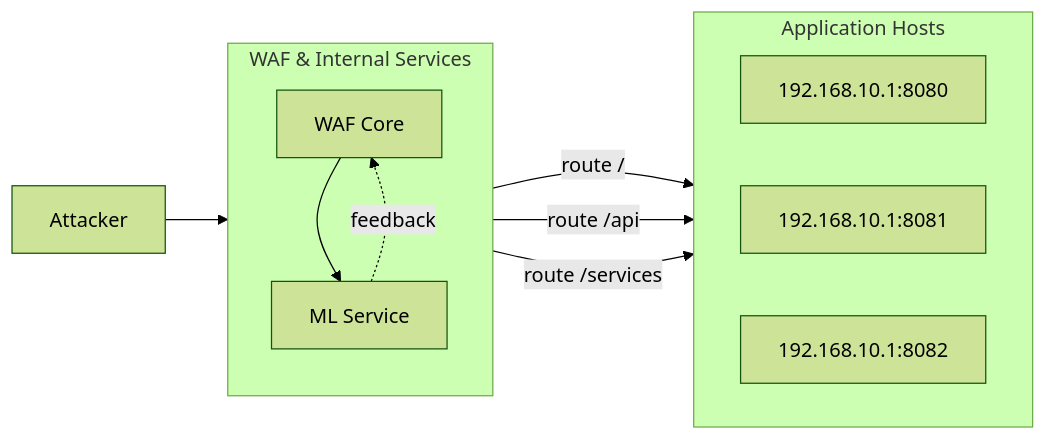
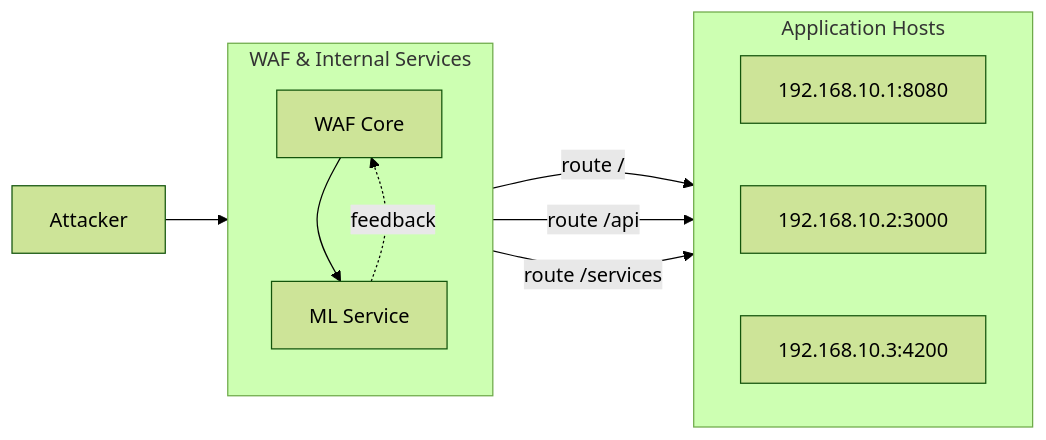
The first of 2 diagrams in README.md (siteslave/nurada-waf), drawn with Mermaid (forest theme) before and after one commit.

Commit message:
Update application host addresses in Mermaid diagram for accuracy

````diff
--- a/README.md
+++ b/README.md
@@ -36,23 +36,23 @@
 ```mermaid
 flowchart LR
   A[Attacker] --> W
 
   subgraph S[WAF & Internal Services]
     direction TB
     W[WAF Core]
     ML[ML Service]
     W --> ML
     ML -. feedback .-> W
   end
 
   subgraph T[Application Hosts]
     direction LR
     H1[192.168.10.1:8080]
-    H2[192.168.10.1:8081]
-    H3[192.168.10.1:8082]
+    H2[192.168.10.2:3000]
+    H3[192.168.10.3:4200]
   end
 
   W -->|route /| H1
   W -->|route /api| H2
   W -->|route /services| H3
 ```
````
